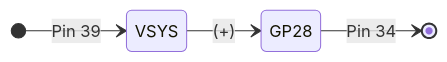
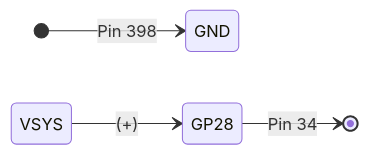
One commit to setrar/microelectronics changed the diagram in kits/sunfounder/lessons/0/README.md. Above: the diagram before and after it, drawn with Mermaid.

````diff
--- a/kits/sunfounder/lessons/0/README.md
+++ b/kits/sunfounder/lessons/0/README.md
@@ -19,7 +19,7 @@
 ```mermaid
 stateDiagram-v2
     direction LR
-    [*] --> VSYS : Pin 39
+    [*] --> GND : Pin 398
     VSYS --> GP28 : (+)
     GP28 --> [*] : Pin 34
 ```
````
